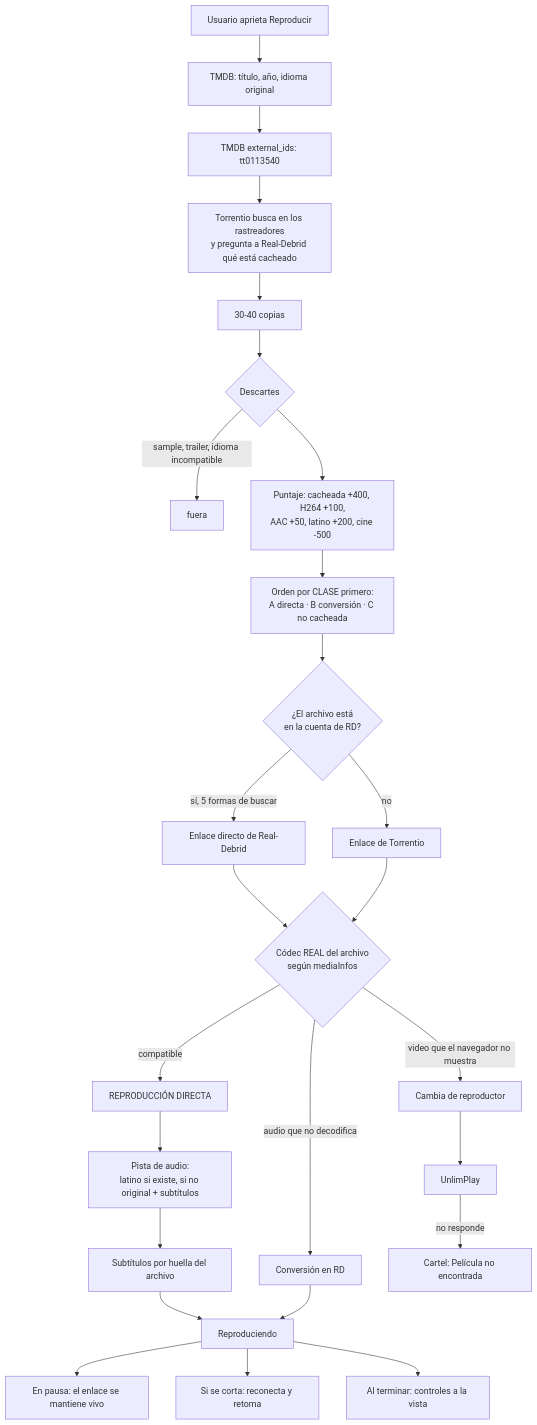
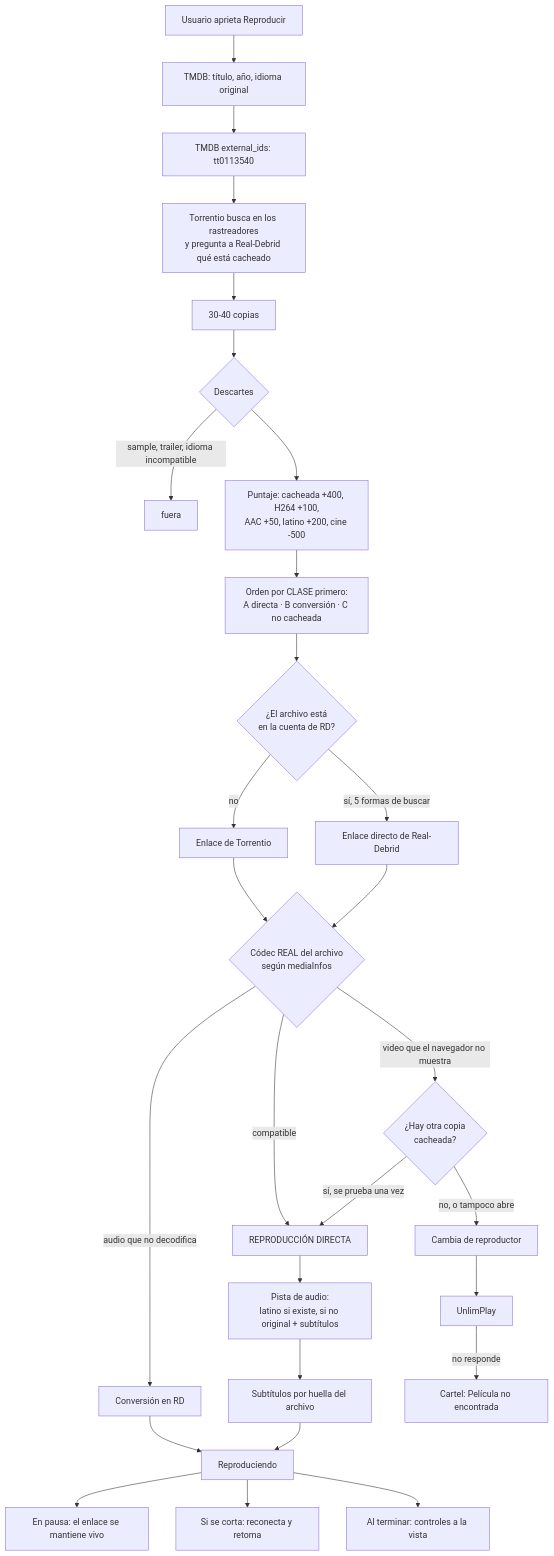
Before and after one commit to maldoxs/maldoxfilm-vue-documentacion: the diagram in architecture/flujo-reproduccion.md, drawn with Mermaid. The commit also changed other lines of this file and 1 other file, not shown here.

First line of the commit message:
Registrar el caso Cat's Eye: por que un .avi ganaba la eleccion

````diff
--- a/architecture/flujo-reproduccion.md
+++ b/architecture/flujo-reproduccion.md
@@ -10,34 +10,36 @@
 ```mermaid
 flowchart TD
     A[Usuario aprieta Reproducir] --> B[TMDB: título, año, idioma original]
     B --> C[TMDB external_ids: tt0113540]
     C --> D[Torrentio busca en los rastreadores<br/>y pregunta a Real-Debrid qué está cacheado]
     D --> E[30-40 copias]
 
     E --> F{Descartes}
     F -->|sample, trailer, idioma incompatible| X1[fuera]
     F --> G[Puntaje: cacheada +400, H264 +100,<br/>AAC +50, latino +200, cine -500]
     G --> H[Orden por CLASE primero:<br/>A directa · B conversión · C no cacheada]
 
     H --> I{¿El archivo está<br/>en la cuenta de RD?}
     I -->|sí, 5 formas de buscar| J[Enlace directo de Real-Debrid]
     I -->|no| K[Enlace de Torrentio]
 
     J --> L{Códec REAL del archivo<br/>según mediaInfos}
     K --> L
-    L -->|video que el navegador no muestra| M[Cambia de reproductor]
+    L -->|video que el navegador no muestra| M{¿Hay otra copia<br/>cacheada?}
+    M -->|sí, se prueba una vez| O
+    M -->|no, o tampoco abre| M2[Cambia de reproductor]
     L -->|audio que no decodifica| N[Conversión en RD]
     L -->|compatible| O[REPRODUCCIÓN DIRECTA]
 
     O --> P[Pista de audio:<br/>latino si existe, si no original + subtítulos]
     P --> Q[Subtítulos por huella del archivo]
     Q --> R[Reproduciendo]
 
     R --> S[En pausa: el enlace se mantiene vivo]
     R --> T[Si se corta: reconecta y retoma]
     R --> U[Al terminar: controles a la vista]
 
-    M --> V[UnlimPlay]
+    M2 --> V[UnlimPlay]
     N --> R
     V -->|no responde| W[Cartel: Película no encontrada]
 ```
````
